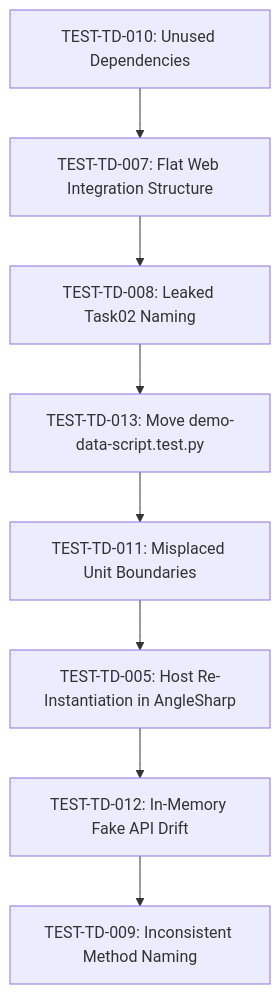
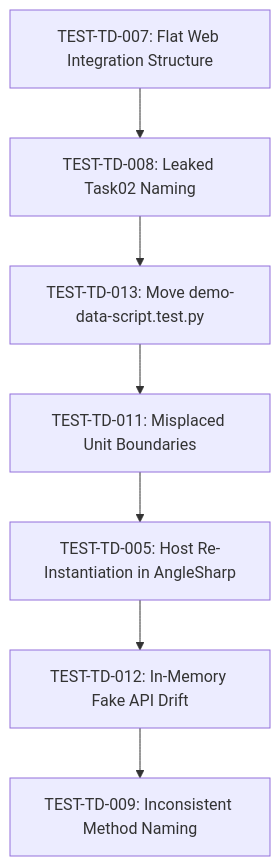
The diagram in docs/test-technical-debt-backlog.md (ColmKenna/Field-Sales), drawn with Mermaid before and after one commit. The commit also changed other lines of this file, not shown here.

Commit message:
docs: mark TEST-TD-010 complete in test technical debt backlog

````diff
--- a/docs/test-technical-debt-backlog.md
+++ b/docs/test-technical-debt-backlog.md
@@ -80,10 +81,9 @@
 ```mermaid
 graph TD
-    A["TEST-TD-010: Unused Dependencies"] --> B["TEST-TD-007: Flat Web Integration Structure"]
-    B --> C["TEST-TD-008: Leaked Task02 Naming"]
-    C --> D["TEST-TD-013: Move demo-data-script.test.py"]
-    D --> E["TEST-TD-011: Misplaced Unit Boundaries"]
-    E --> F["TEST-TD-005: Host Re-Instantiation in AngleSharp"]
-    F --> G["TEST-TD-012: In-Memory Fake API Drift"]
-    G --> H["TEST-TD-009: Inconsistent Method Naming"]
+    A["TEST-TD-007: Flat Web Integration Structure"] --> B["TEST-TD-008: Leaked Task02 Naming"]
+    B --> C["TEST-TD-013: Move demo-data-script.test.py"]
+    C --> D["TEST-TD-011: Misplaced Unit Boundaries"]
+    D --> E["TEST-TD-005: Host Re-Instantiation in AngleSharp"]
+    E --> F["TEST-TD-012: In-Memory Fake API Drift"]
+    F --> G["TEST-TD-009: Inconsistent Method Naming"]
 ```
````
